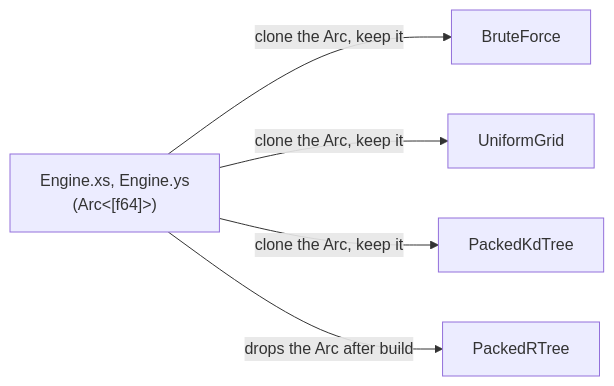
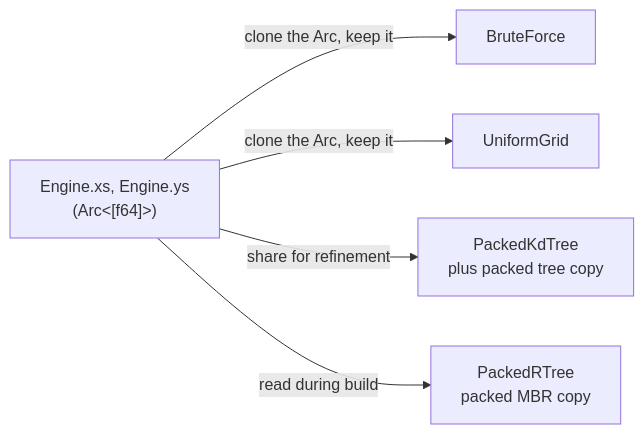
Before and after one commit to pranav-walimbe/PyCanopy: the second of 3 diagrams in docs/how-it-works/in-memory-optimization.md, drawn with Mermaid. The commit also changed other lines of this file and 5 other files, not shown here.

Commit message:
docs: refine architecture documentation

````diff
--- a/docs/how-it-works/in-memory-optimization.md
+++ b/docs/how-it-works/in-memory-optimization.md
@@ -27,8 +35,8 @@
 ```mermaid
 flowchart LR
     E["Engine.xs, Engine.ys<br/>(Arc&lt;[f64]&gt;)"]
     E -->|clone the Arc, keep it| B["BruteForce"]
     E -->|clone the Arc, keep it| G["UniformGrid"]
-    E -->|clone the Arc, keep it| K["PackedKdTree"]
-    E -->|drops the Arc after build| R["PackedRTree"]
+    E -->|share for refinement| K["PackedKdTree<br/>plus packed tree copy"]
+    E -->|read during build| R["PackedRTree<br/>packed MBR copy"]
 ```
````
